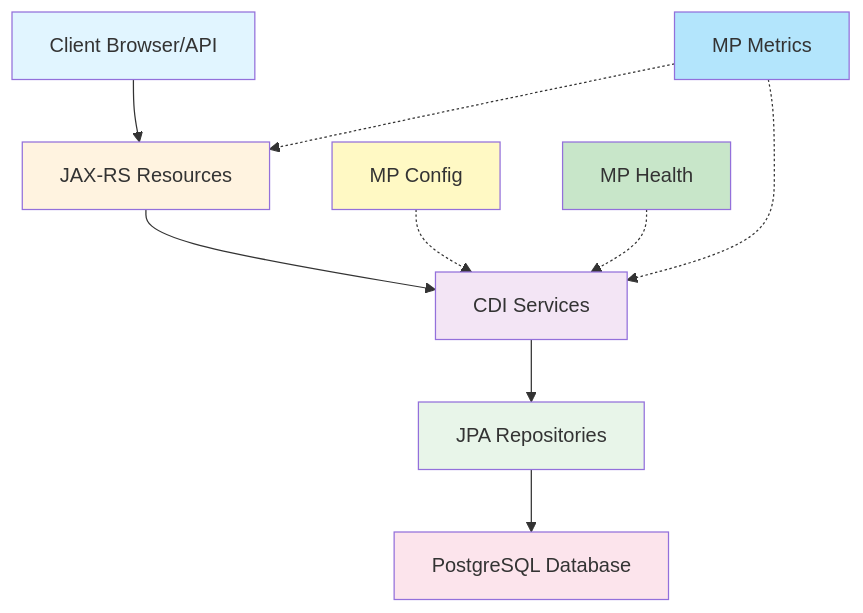
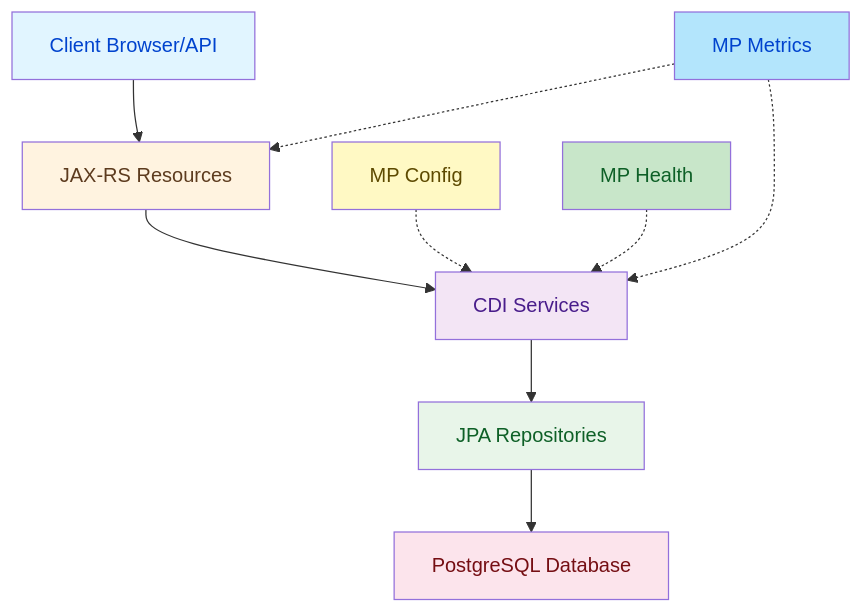
The fourth of 4 diagrams in 02-Lectures/01-intro-jakartaee-microprofile.md (oplanson/esipe-javaee), drawn with Mermaid before and after one commit. The commit also changed other lines of this file and 3 other files, not shown here.

First line of the commit message:
feat(slides): enrichissement cours 01-intro — timelines, diagrammes Mermaid et pom.xml complet

````diff
--- a/02-Lectures/01-intro-jakartaee-microprofile.md
+++ b/02-Lectures/01-intro-jakartaee-microprofile.md
@@ -847,21 +844,21 @@
 ```mermaid
 graph TB
     A[Client Browser/API] --> B[JAX-RS Resources]
     B --> C[CDI Services]
     C --> D[JPA Repositories]
     D --> E[PostgreSQL Database]
-    
+
     F[MP Config] -.-> C
     G[MP Health] -.-> C
     H[MP Metrics] -.-> B
     H -.-> C
-    
-    style A fill:#e1f5ff
-    style B fill:#fff3e0
-    style C fill:#f3e5f5
-    style D fill:#e8f5e9
-    style E fill:#fce4ec
-    style F fill:#fff9c4
-    style G fill:#c8e6c9
-    style H fill:#b3e5fc
+
+    style A fill:#e1f5ff,color:#0043ce
+    style B fill:#fff3e0,color:#5d3b1e
+    style C fill:#f3e5f5,color:#491d8b
+    style D fill:#e8f5e9,color:#0e6027
+    style E fill:#fce4ec,color:#750e13
+    style F fill:#fff9c4,color:#5d4a00
+    style G fill:#c8e6c9,color:#0e6027
+    style H fill:#b3e5fc,color:#0043ce
 ```
````
